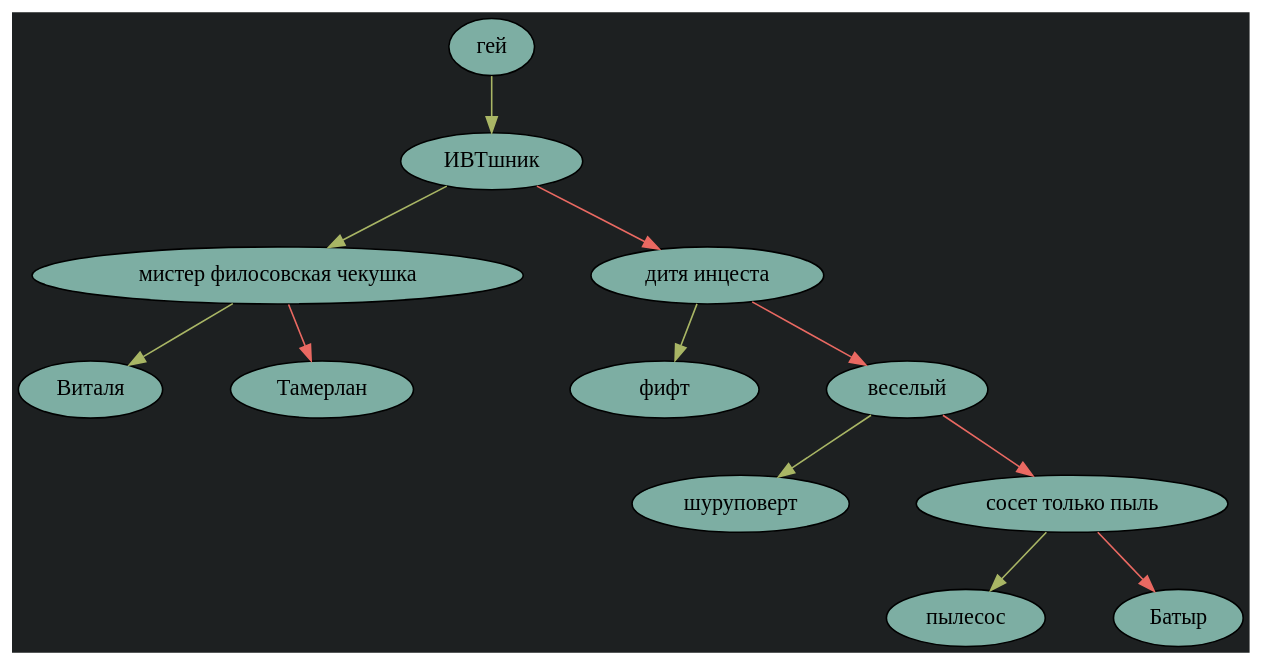
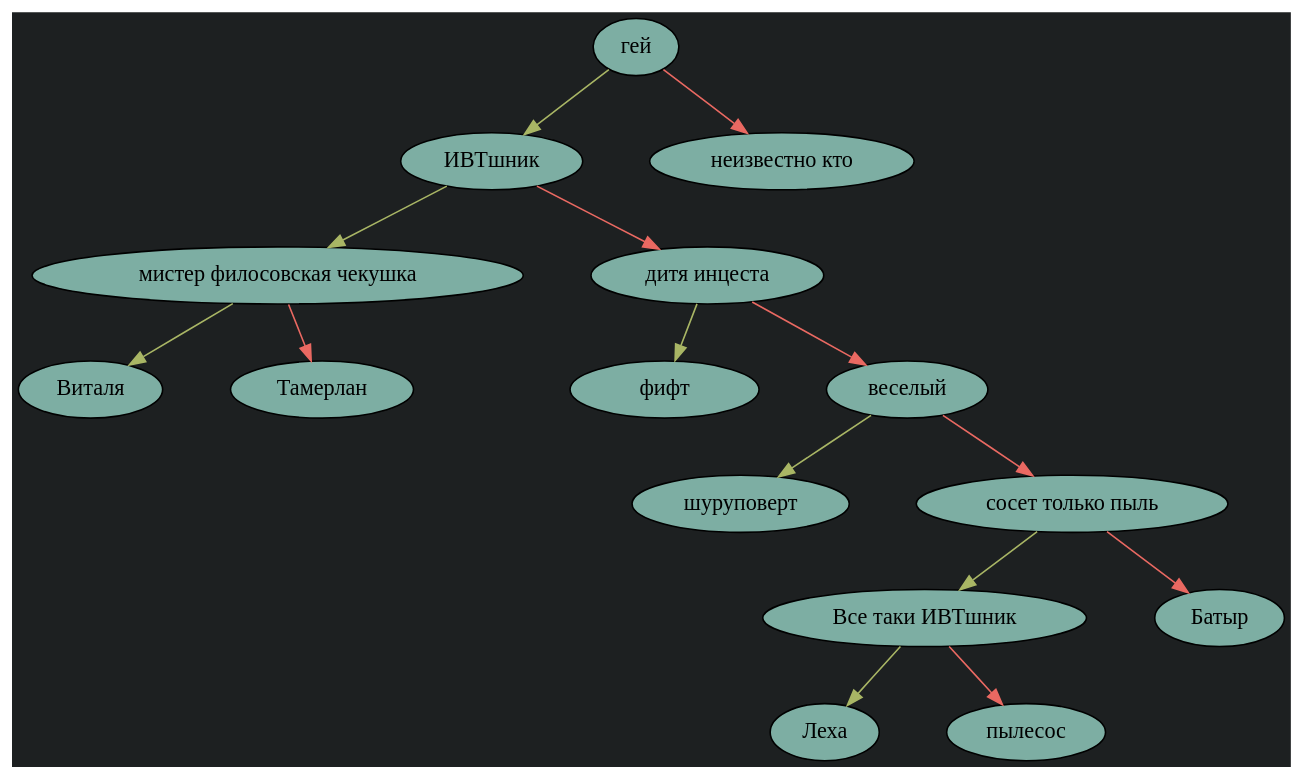
One commit to Tamik13/AKINATOR changed the diagram in logs/dot/graph.dot. Above: the diagram before and after it, drawn with Graphviz. The commit also changed 9 other files, not shown here.

```diff
--- a/logs/dot/graph.dot
+++ b/logs/dot/graph.dot
@@ -1,28 +1,34 @@
 digraph {
 	bgcolor="#1d2021";
 	nodesep=0.6
 	rank_sep=1.0
 	node0x603000001d80 [style=filled; fillcolor="#7daea3" label = "гей"]
 	node0x603000001d80 -> node0x603000001e40 [color="#a9b665"]
+	node0x603000001d80 -> node0x603000002890 [color="#ea6962"]
 	node0x603000001e40 [style=filled; fillcolor="#7daea3" label = "ИВТшник"]
 	node0x603000001e40 -> node0x603000001ed0 [color="#a9b665"]
 	node0x603000001e40 -> node0x603000002110 [color="#ea6962"]
 	node0x603000001ed0 [style=filled; fillcolor="#7daea3" label = "мистер филосовская чекушка"]
 	node0x603000001ed0 -> node0x603000001f00 [color="#a9b665"]
 	node0x603000001ed0 -> node0x603000001ff0 [color="#ea6962"]
 	node0x603000001f00 [style=filled; fillcolor="#7daea3" label = "Виталя"]
 	node0x603000001ff0 [style=filled; fillcolor="#7daea3" label = "Тамерлан"]
 	node0x603000002110 [style=filled; fillcolor="#7daea3" label = "дитя инцеста"]
 	node0x603000002110 -> node0x603000002260 [color="#a9b665"]
 	node0x603000002110 -> node0x6030000023b0 [color="#ea6962"]
 	node0x603000002260 [style=filled; fillcolor="#7daea3" label = "	фифт"]
 	node0x6030000023b0 [style=filled; fillcolor="#7daea3" label = "веселый"]
 	node0x6030000023b0 -> node0x6030000024d0 [color="#a9b665"]
 	node0x6030000023b0 -> node0x6030000025f0 [color="#ea6962"]
 	node0x6030000024d0 [style=filled; fillcolor="#7daea3" label = "шуруповерт"]
 	node0x6030000025f0 [style=filled; fillcolor="#7daea3" label = "сосет только пыль"]
 	node0x6030000025f0 -> node0x603000002710 [color="#a9b665"]
 	node0x6030000025f0 -> node0x603000002830 [color="#ea6962"]
-	node0x603000002710 [style=filled; fillcolor="#7daea3" label = "пылесос"]
+	node0x603000002710 [style=filled; fillcolor="#7daea3" label = "Все таки ИВТшник"]
+	node0x603000002710 -> node0x6030000028f0 [color="#a9b665"]
+	node0x603000002710 -> node0x603000002950 [color="#ea6962"]
+	node0x6030000028f0 [style=filled; fillcolor="#7daea3" label = "Леха"]
+	node0x603000002950 [style=filled; fillcolor="#7daea3" label = "пылесос"]
 	node0x603000002830 [style=filled; fillcolor="#7daea3" label = "Батыр"]
+	node0x603000002890 [style=filled; fillcolor="#7daea3" label = "неизвестно кто"]
 }
```
